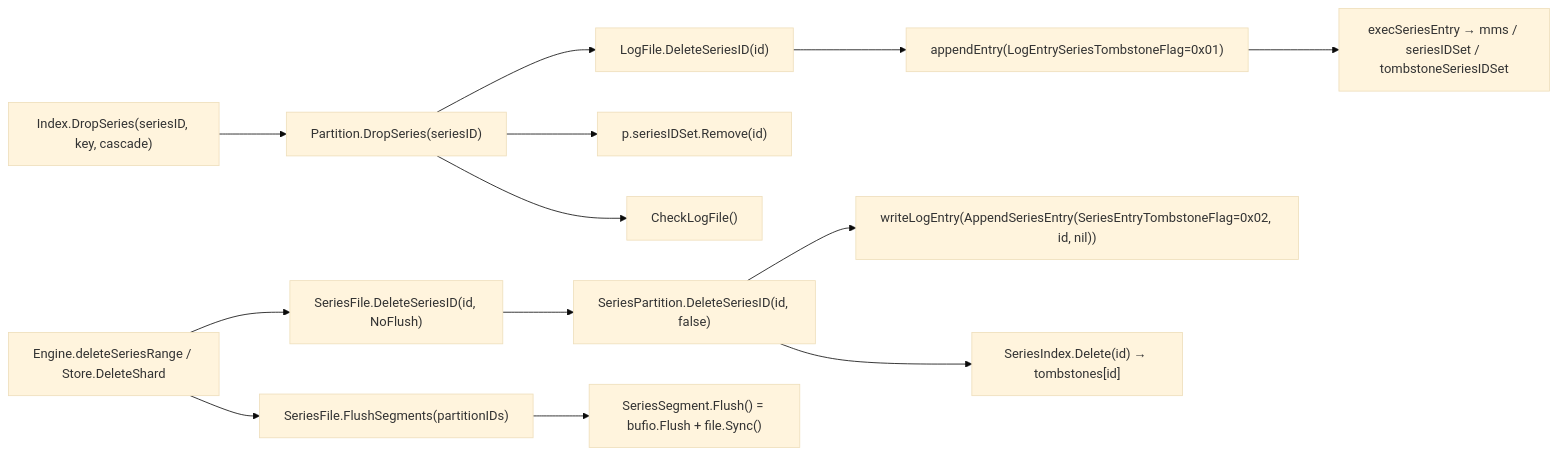
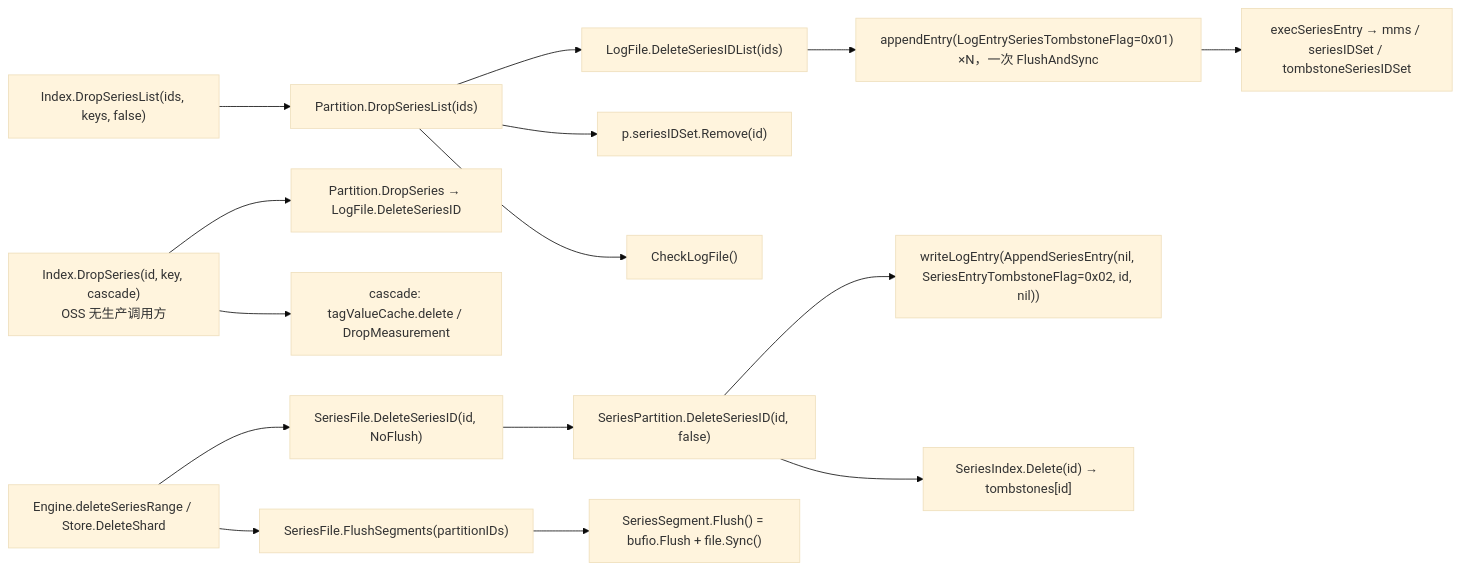
Before and after one commit to stefanv5/influxdb: the second of 3 diagrams in docs/specs/v1.8.10-vs-v1.12.3/02_index_series_diff.md, drawn with Mermaid (base theme). The commit also changed other lines of this file and 7 other files, not shown here.

First line of the commit message:
docs: fix code snippets and flows in the version-diff study

````diff
--- a/docs/specs/v1.8.10-vs-v1.12.3/02_index_series_diff.md
+++ b/docs/specs/v1.8.10-vs-v1.12.3/02_index_series_diff.md
@@ -94,16 +101,18 @@
 ```mermaid
 flowchart LR
-    A["Index.DropSeries(seriesID, key, cascade)"] --> B["Partition.DropSeries(seriesID)"]
-    B --> C["LogFile.DeleteSeriesID(id)"]
-    C --> D["appendEntry(LogEntrySeriesTombstoneFlag=0x01)"]
+    A["Index.DropSeriesList(ids, keys, false)"] --> B["Partition.DropSeriesList(ids)"]
+    B --> C["LogFile.DeleteSeriesIDList(ids)"]
+    C --> D["appendEntry(LogEntrySeriesTombstoneFlag=0x01) ×N，一次 FlushAndSync"]
     D --> E["execSeriesEntry → mms / seriesIDSet / tombstoneSeriesIDSet"]
     B --> F["p.seriesIDSet.Remove(id)"]
     B --> G["CheckLogFile()"]
+    A2["Index.DropSeries(id, key, cascade)<br/>OSS 无生产调用方"] --> B2["Partition.DropSeries → LogFile.DeleteSeriesID"]
+    A2 --> A3["cascade: tagValueCache.delete / DropMeasurement"]
 
     H["Engine.deleteSeriesRange / Store.DeleteShard"] --> I["SeriesFile.DeleteSeriesID(id, NoFlush)"]
     I --> J["SeriesPartition.DeleteSeriesID(id, false)"]
-    J --> K["writeLogEntry(AppendSeriesEntry(SeriesEntryTombstoneFlag=0x02, id, nil))"]
+    J --> K["writeLogEntry(AppendSeriesEntry(nil, SeriesEntryTombstoneFlag=0x02, id, nil))"]
     J --> L["SeriesIndex.Delete(id) → tombstones[id]"]
     H --> M["SeriesFile.FlushSegments(partitionIDs)"]
     M --> N["SeriesSegment.Flush() = bufio.Flush + file.Sync()"]
 ```
````
